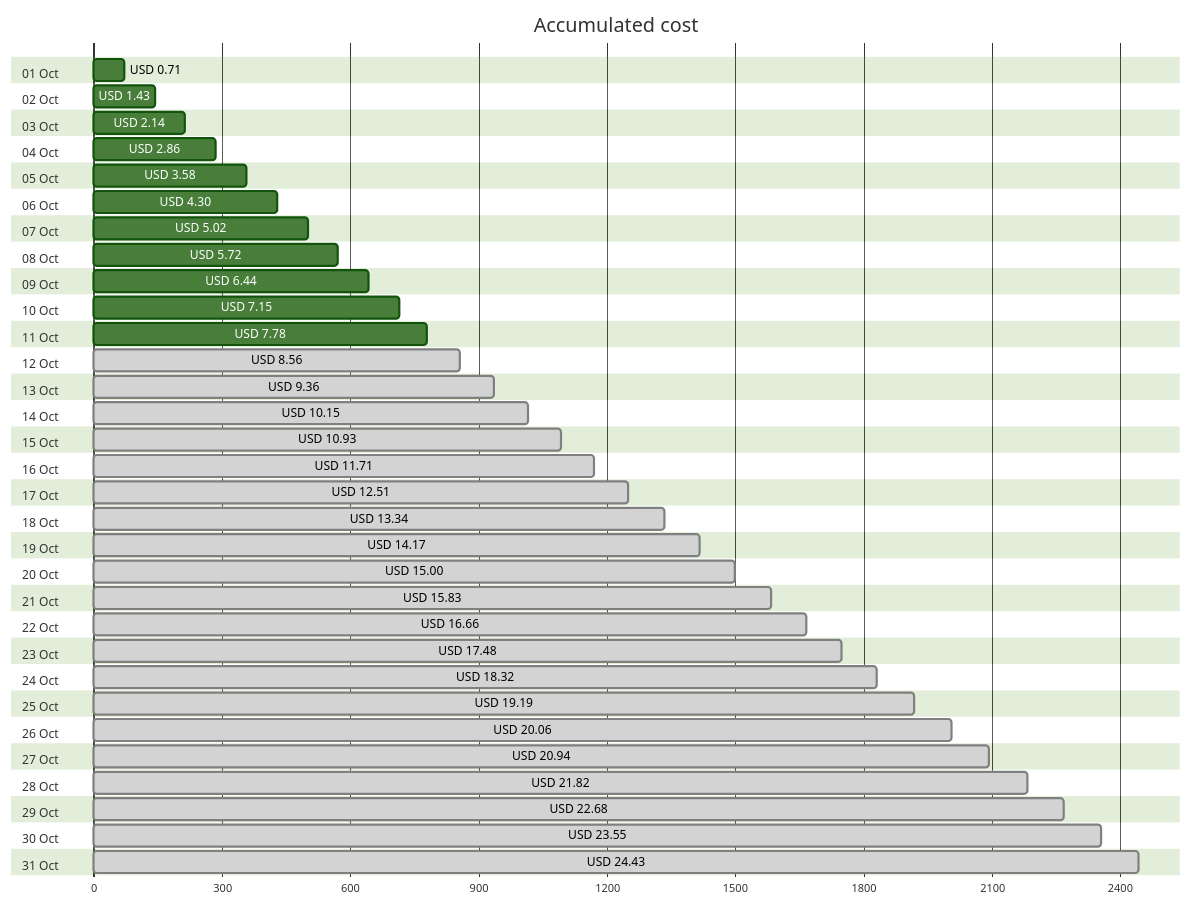
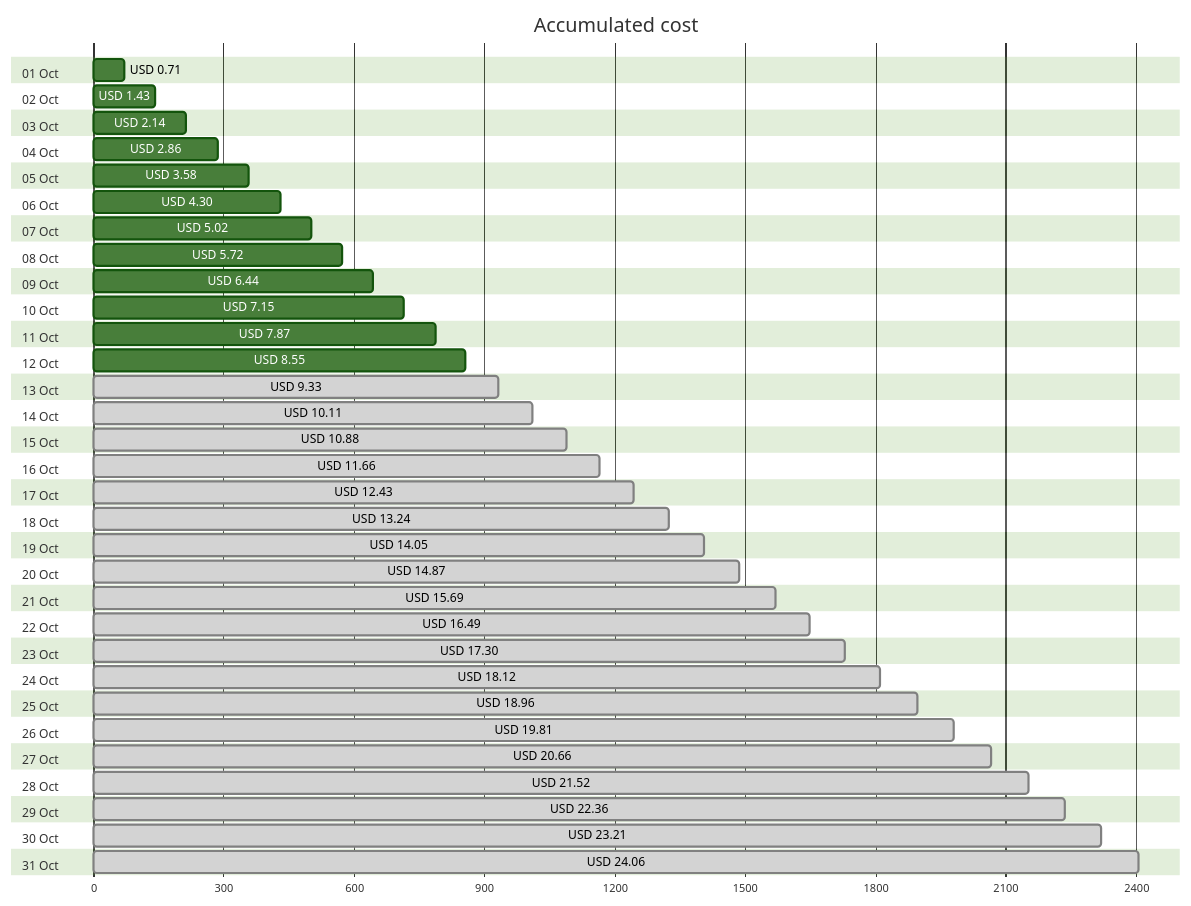
Before and after one commit to jpfulton/azure-personal-reports: the first of 4 diagrams in cost-reports/personal-network/backup-server-data-disk.md, drawn with Mermaid (forest theme). The commit also changed other lines of this file and 8 other files, not shown here.

````diff
--- a/cost-reports/personal-network/backup-server-data-disk.md
+++ b/cost-reports/personal-network/backup-server-data-disk.md
@@ -20,68 +20,68 @@
 ```mermaid
 gantt
    title Accumulated cost
    dateFormat  X
    axisFormat %s
    section 01 Oct
    USD 0.71 :0, 71
    section 02 Oct
    USD 1.43 :0, 143
    section 03 Oct
    USD 2.14 :0, 214
    section 04 Oct
    USD 2.86 :0, 286
    section 05 Oct
    USD 3.58 :0, 358
    section 06 Oct
    USD 4.30 :0, 430
    section 07 Oct
    USD 5.02 :0, 502
    section 08 Oct
    USD 5.72 :0, 572
    section 09 Oct
    USD 6.44 :0, 644
    section 10 Oct
    USD 7.15 :0, 715
    section 11 Oct
-   USD 7.78 :0, 778
+   USD 7.87 :0, 787
    section 12 Oct
-   USD 8.56 : done, 0, 856
+   USD 8.55 :0, 855
    section 13 Oct
-   USD 9.36 : done, 0, 936
+   USD 9.33 : done, 0, 933
    section 14 Oct
-   USD 10.15 : done, 0, 1015
+   USD 10.11 : done, 0, 1011
    section 15 Oct
-   USD 10.93 : done, 0, 1093
+   USD 10.88 : done, 0, 1088
    section 16 Oct
-   USD 11.71 : done, 0, 1171
+   USD 11.66 : done, 0, 1166
    section 17 Oct
-   USD 12.51 : done, 0, 1251
+   USD 12.43 : done, 0, 1243
    section 18 Oct
-   USD 13.34 : done, 0, 1334
+   USD 13.24 : done, 0, 1324
    section 19 Oct
-   USD 14.17 : done, 0, 1417
+   USD 14.05 : done, 0, 1405
    section 20 Oct
-   USD 15.00 : done, 0, 1500
+   USD 14.87 : done, 0, 1487
    section 21 Oct
-   USD 15.83 : done, 0, 1583
+   USD 15.69 : done, 0, 1569
    section 22 Oct
-   USD 16.66 : done, 0, 1666
+   USD 16.49 : done, 0, 1649
    section 23 Oct
-   USD 17.48 : done, 0, 1748
+   USD 17.30 : done, 0, 1730
    section 24 Oct
-   USD 18.32 : done, 0, 1832
+   USD 18.12 : done, 0, 1812
    section 25 Oct
-   USD 19.19 : done, 0, 1919
+   USD 18.96 : done, 0, 1896
    section 26 Oct
-   USD 20.06 : done, 0, 2006
+   USD 19.81 : done, 0, 1981
    section 27 Oct
-   USD 20.94 : done, 0, 2094
+   USD 20.66 : done, 0, 2066
    section 28 Oct
-   USD 21.82 : done, 0, 2182
+   USD 21.52 : done, 0, 2152
    section 29 Oct
-   USD 22.68 : done, 0, 2268
+   USD 22.36 : done, 0, 2236
    section 30 Oct
-   USD 23.55 : done, 0, 2355
+   USD 23.21 : done, 0, 2321
    section 31 Oct
-   USD 24.43 : done, 0, 2443
+   USD 24.06 : done, 0, 2406
 ```
````
